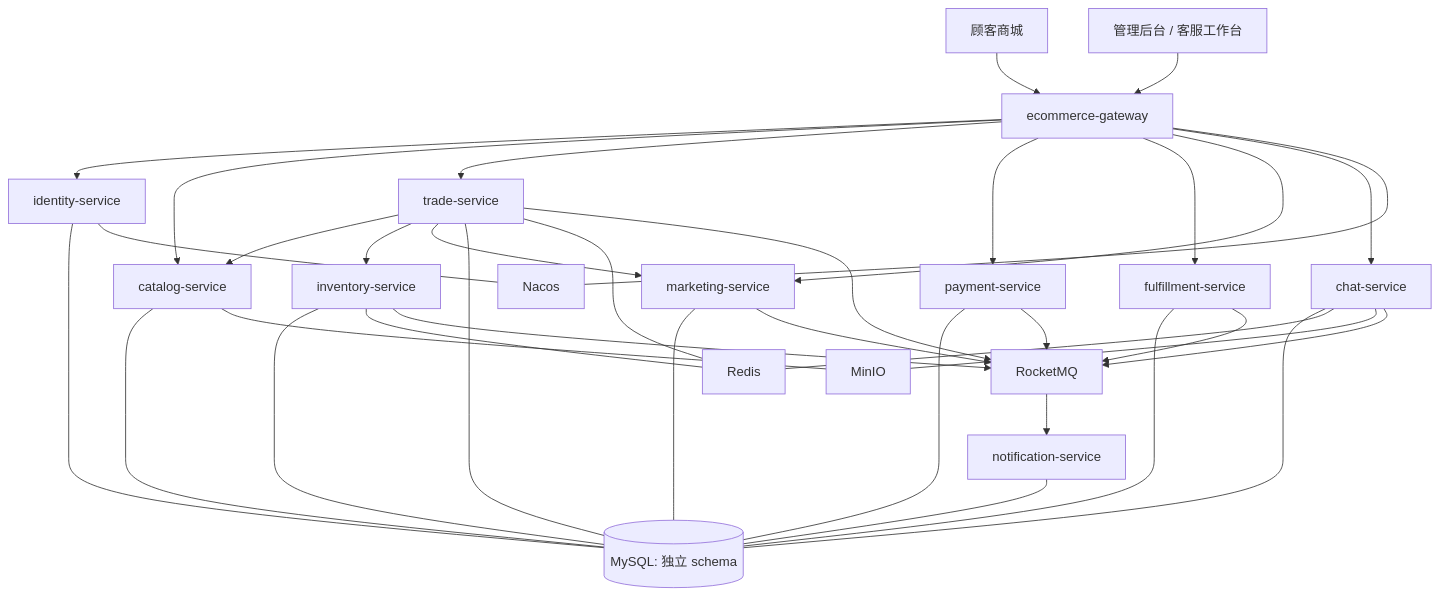
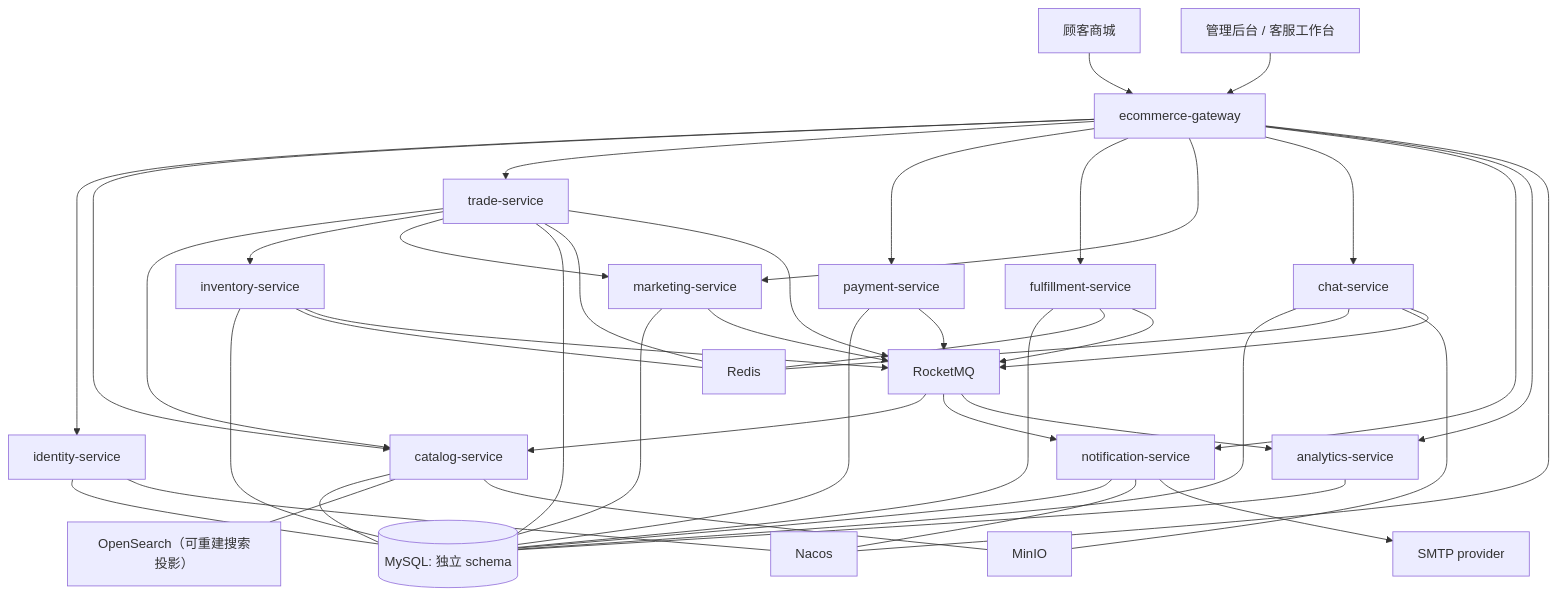
One commit to NoctilumeDev/PlainJournal changed the diagram in docs/02-service-architecture.md. Above: the diagram before and after it, drawn with Mermaid. The commit also changed other lines of this file and 1180 other files, not shown here.

````diff
--- a/docs/02-service-architecture.md
+++ b/docs/02-service-architecture.md
@@ -5,43 +5,52 @@
 ```mermaid
 flowchart TB
     Customer["顾客商城"] --> Gateway["ecommerce-gateway"]
     Admin["管理后台 / 客服工作台"] --> Gateway
 
     Gateway --> Identity["identity-service"]
     Gateway --> Catalog["catalog-service"]
     Gateway --> Trade["trade-service"]
     Gateway --> Payment["payment-service"]
     Gateway --> Fulfillment["fulfillment-service"]
     Gateway --> Marketing["marketing-service"]
     Gateway --> Chat["chat-service"]
+    Gateway --> Notification["notification-service"]
+    Gateway --> Analytics["analytics-service"]
 
     Trade --> Catalog
     Trade --> Inventory["inventory-service"]
     Trade --> Marketing
 
     Identity --- MySQL[("MySQL: 独立 schema")]
     Catalog --- MySQL
+    Catalog --- OpenSearch["OpenSearch（可重建搜索投影）"]
     Inventory --- MySQL
     Trade --- MySQL
     Payment --- MySQL
     Fulfillment --- MySQL
     Marketing --- MySQL
     Chat --- MySQL
-    Notification["notification-service"] --- MySQL
+    Notification --- MySQL
+    Analytics --- MySQL
 
     Gateway --- Nacos["Nacos"]
     Identity --- Nacos
+    Notification --- Nacos
     Trade --- Redis["Redis"]
     Inventory --- Redis
+    Fulfillment --- Redis
     Chat --- Redis
     Catalog --- MinIO["MinIO"]
     Chat --- MinIO
 
     Trade --> MQ["RocketMQ"]
     Inventory --> MQ
     Payment --> MQ
     Fulfillment --> MQ
     Marketing --> MQ
     Chat --> MQ
+    MQ --> Catalog
     MQ --> Notification
+    MQ --> Analytics
+    Notification --> SMTP["SMTP provider"]
 ```
````
